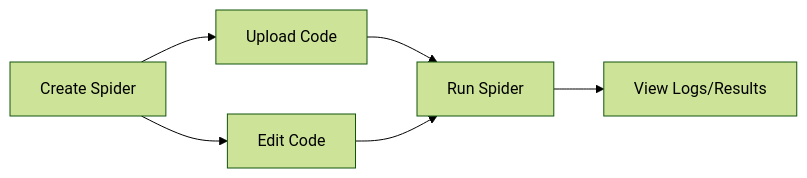
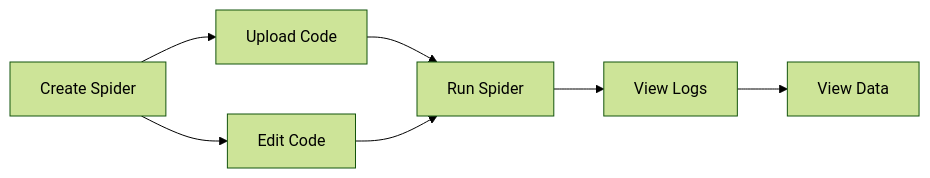
Before and after one commit to crawlab-team/crawlab-docs: the first of 2 diagrams in packages/v0.7/docs/guides/spider/index.md, drawn with Mermaid (forest theme). The commit also changed other lines of this file and 1 other file, not shown here.

Commit message:
docs: add new section for viewing spider data in documentation

````diff
--- a/packages/v0.7/docs/guides/spider/index.md
+++ b/packages/v0.7/docs/guides/spider/index.md
@@ -20,13 +20,15 @@
 ```mermaid
 graph LR
     A[Create Spider]
     B1[Upload Code]
     B2[Edit Code]
     C[Run Spider]
-    D[View Logs/Results]
+    D[View Logs]
+    E[View Data]
     A --> B1
     A --> B2
     B1 --> C
     B2 --> C
     C --> D
+    D --> E
 ```
````
